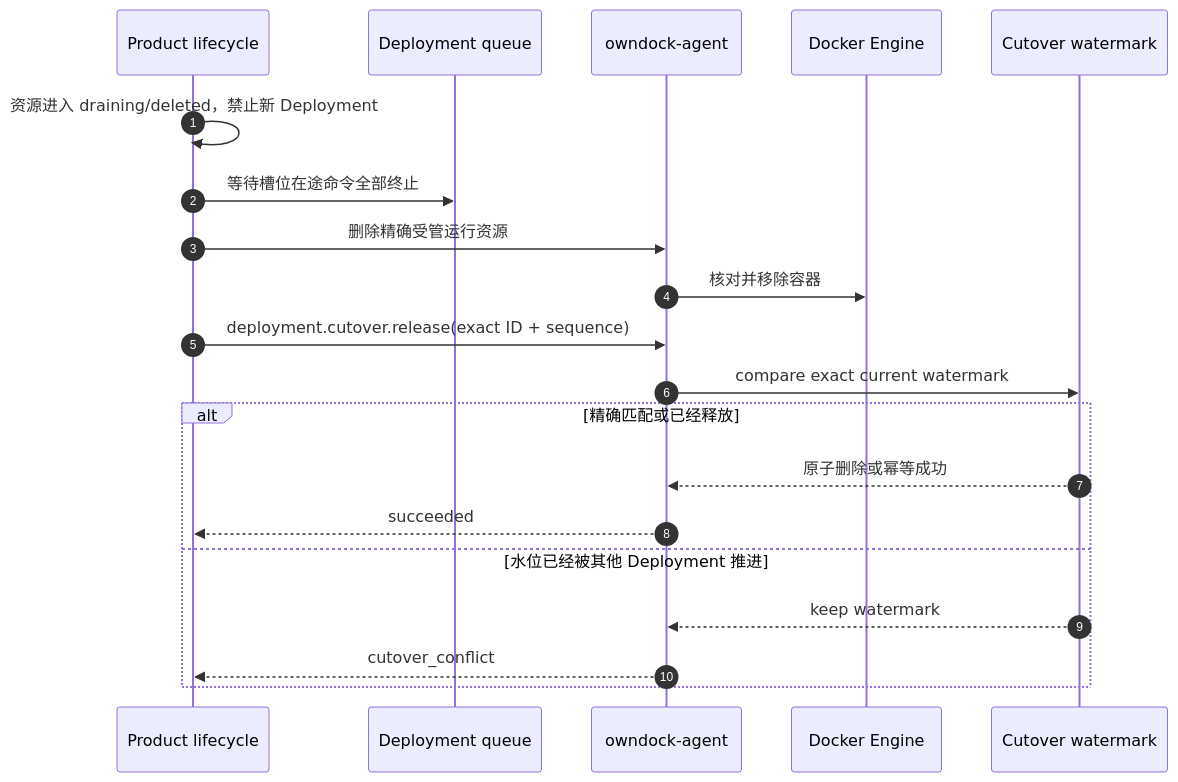
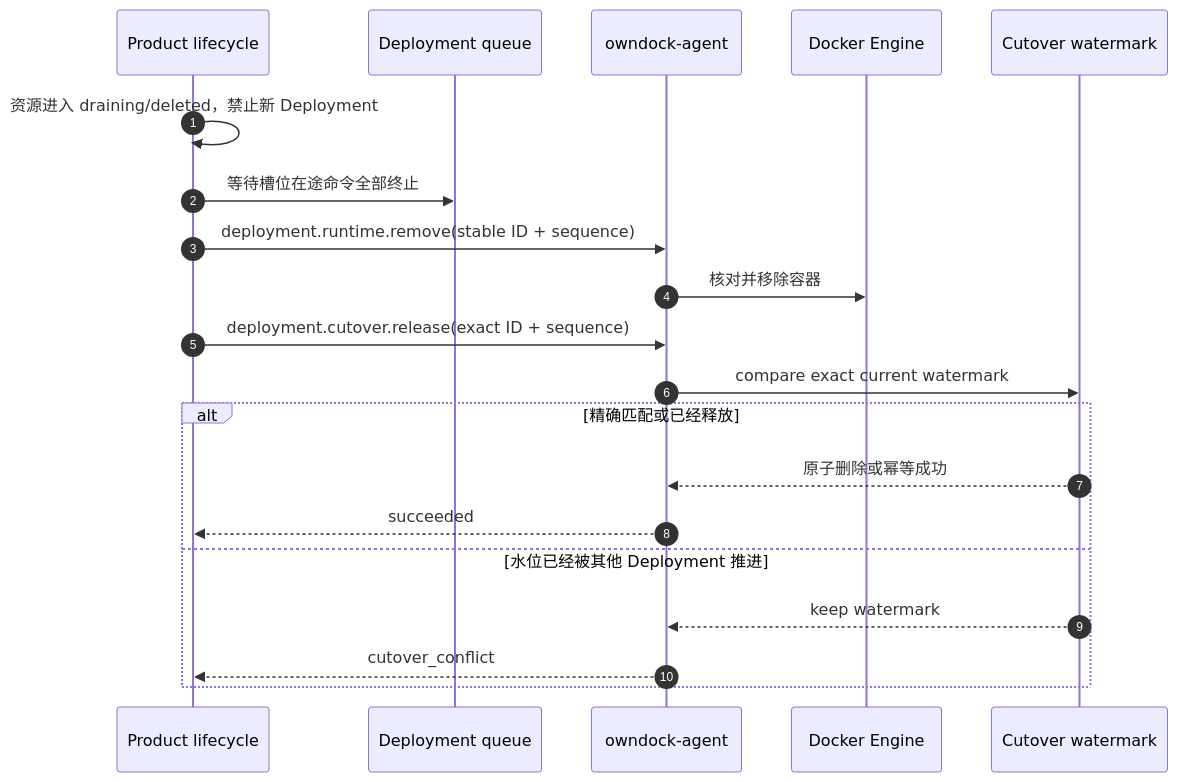
Before and after one commit to owndock/owndock: the fourth of 4 diagrams in api/agent-control.md, drawn with Mermaid. The commit also changed other lines of this file and 49 other files, not shown here.

````diff
--- a/api/agent-control.md
+++ b/api/agent-control.md
@@ -457,23 +459,23 @@
 ```mermaid
 sequenceDiagram
     autonumber
     participant P as Product lifecycle
     participant Q as Deployment queue
     participant A as owndock-agent
     participant D as Docker Engine
     participant W as Cutover watermark
 
     P->>P: 资源进入 draining/deleted，禁止新 Deployment
     P->>Q: 等待槽位在途命令全部终止
-    P->>A: 删除精确受管运行资源
+    P->>A: deployment.runtime.remove(stable ID + sequence)
     A->>D: 核对并移除容器
     P->>A: deployment.cutover.release(exact ID + sequence)
     A->>W: compare exact current watermark
     alt 精确匹配或已经释放
         W-->>A: 原子删除或幂等成功
         A-->>P: succeeded
     else 水位已经被其他 Deployment 推进
         W-->>A: keep watermark
         A-->>P: cutover_conflict
     end
 ```
````
